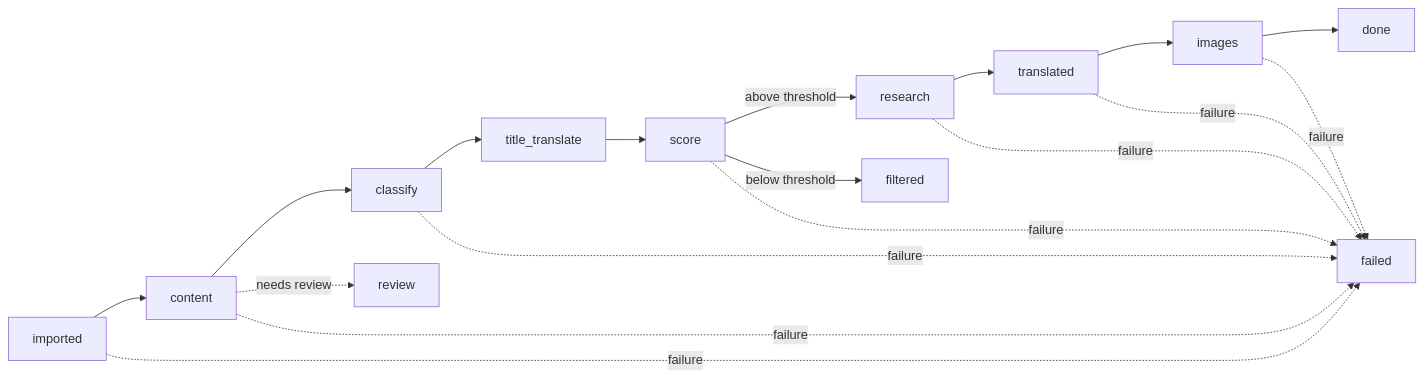
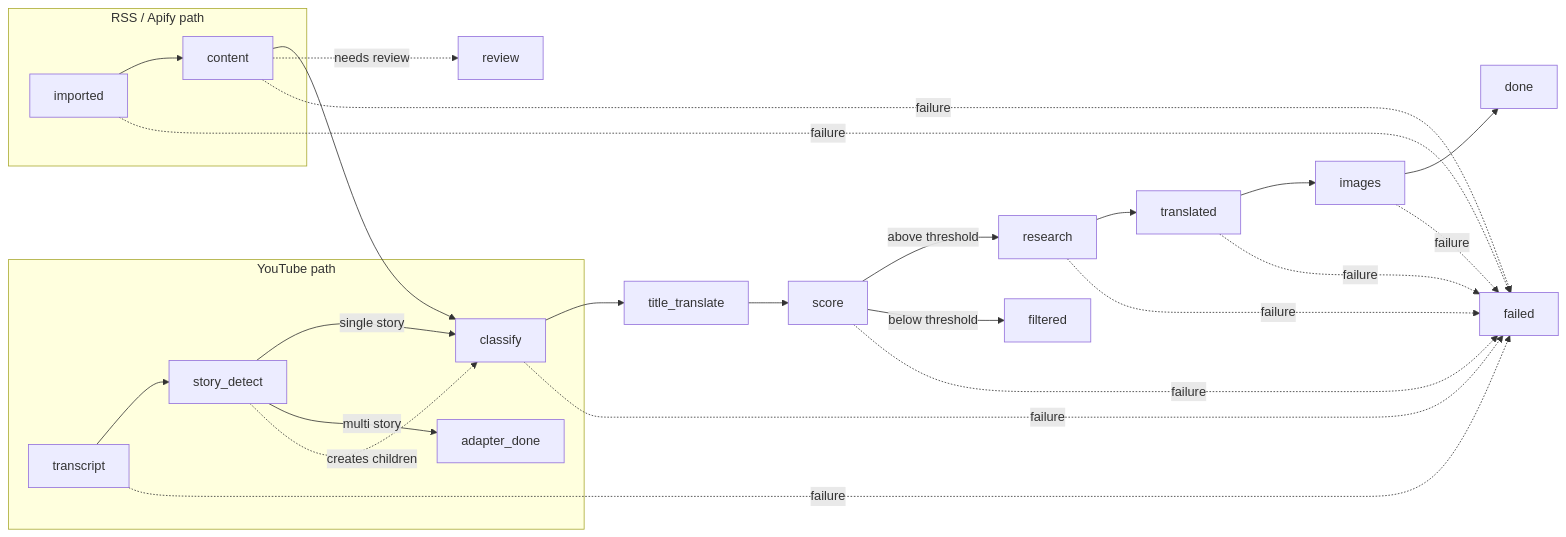
One commit to aldhubaib/falak changed the third of 4 diagrams in docs/ARCHITECTURE/ARCHITECTURE.md. Above: the diagram before and after it, drawn with Mermaid. The commit also changed other lines of this file, not shown here.

Commit message:
docs: update ARCHITECTURE.md — Add YouTube channel source type: schema migration, pipeline stages (transcript + story_detect), cadence-based polling, frontend integration

````diff
--- a/docs/ARCHITECTURE/ARCHITECTURE.md
+++ b/docs/ARCHITECTURE/ARCHITECTURE.md
@@ -943,14 +950,24 @@
 ```mermaid
 flowchart LR
-    IM["imported"] --> CO["content"] --> CL["classify"] --> TT["title_translate"] --> SC["score"]
+    subgraph "YouTube path"
+        TS["transcript"] --> SD["story_detect"]
+        SD -->|single story| CL
+        SD -->|multi story| AD["adapter_done"]
+        SD -.->|creates children| CL
+    end
+    subgraph "RSS / Apify path"
+        IM["imported"] --> CO["content"]
+    end
+    CO --> CL["classify"] --> TT["title_translate"] --> SC["score"]
     SC -->|above threshold| RE["research"] --> TR["translated"] --> IMG["images"] --> DO["done"]
     SC -->|below threshold| FI["filtered"]
     CO -.->|needs review| RV["review"]
-    IM -.->|failure| F["failed"]
+    TS -.->|failure| F["failed"]
+    IM -.->|failure| F
     CO -.->|failure| F
     CL -.->|failure| F
     SC -.->|failure| F
     RE -.->|failure| F
     TR -.->|failure| F
     IMG -.->|failure| F
 ```
````
